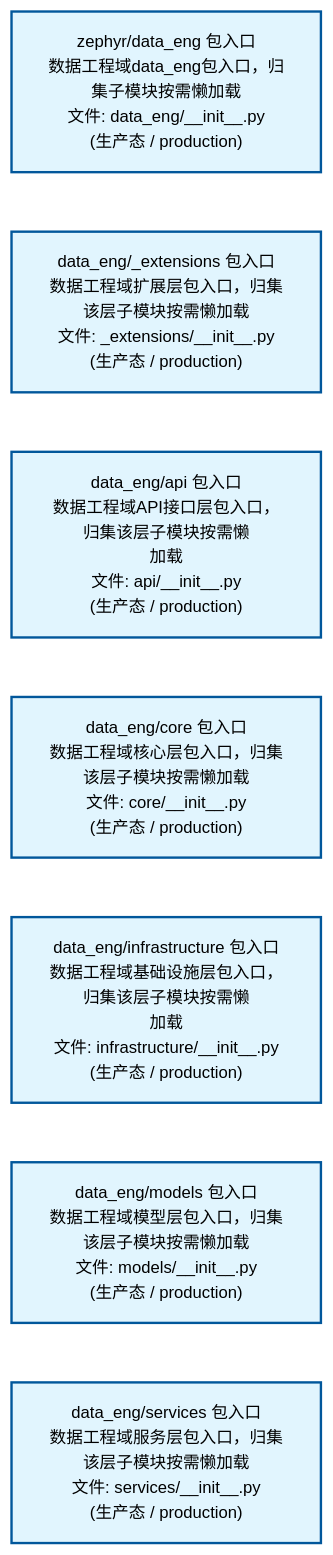
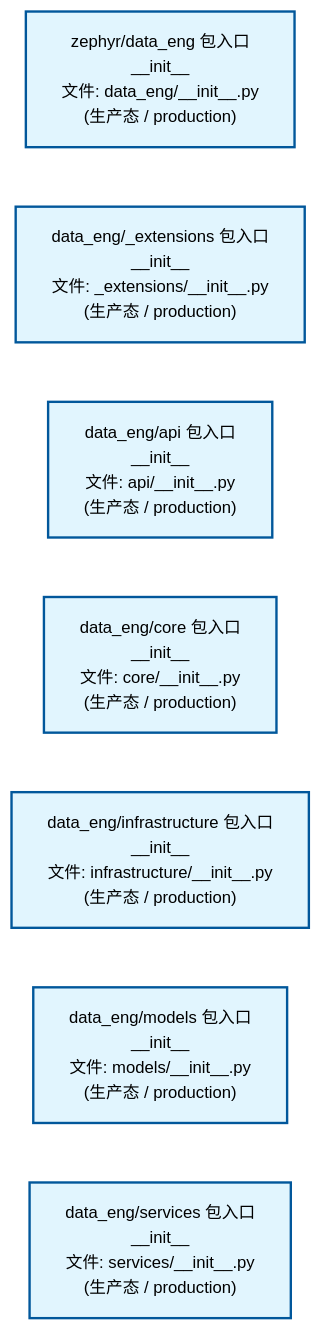
The second of 2 diagrams in docs/02_enterprise_architecture/02_domain_architecture_docs/12_d_data_eng.md (xuanFelixVan/ZephyrAlpha), drawn with Mermaid before and after one commit. The commit also changed other lines of this file and 61 other files, not shown here.

````diff
--- a/docs/02_enterprise_architecture/02_domain_architecture_docs/12_d_data_eng.md
+++ b/docs/02_enterprise_architecture/02_domain_architecture_docs/12_d_data_eng.md
@@ -80,22 +80,22 @@
 ```mermaid
 %%{init: {'theme': 'base', 'themeVariables': {'primaryColor': '#eaeaea', 'primaryTextColor': '#333333', 'primaryBorderColor': '#666666', 'lineColor': '#666666', 'secondaryColor': '#eaeaea', 'tertiaryColor': '#eaeaea', 'fontSize': '14px'}}}%%
 flowchart TD
-    src_zephyr_data_eng_init_py["zephyr/data_eng 包入口<br/>数据工程域data_eng包入口，归集子模块按需懒加载<br/>文件: data_eng/__init__.py<br/>(生产态 / production)"]
-    src_zephyr_data_eng_extensions_init_py["data_eng/_extensions 包入口<br/>数据工程域扩展层包入口，归集该层子模块按需懒加载<br/>文件: _extensions/__init__.py<br/>(生产态 / production)"]
-    src_zephyr_data_eng_api_init_py["data_eng/api 包入口<br/>数据工程域API接口层包入口，归集该层子模块按需懒<br/>加载<br/>文件: api/__init__.py<br/>(生产态 / production)"]
-    src_zephyr_data_eng_core_init_py["data_eng/core 包入口<br/>数据工程域核心层包入口，归集该层子模块按需懒加载<br/>文件: core/__init__.py<br/>(生产态 / production)"]
-    src_zephyr_data_eng_infrastructure_init_py["data_eng/infrastructure 包入口<br/>数据工程域基础设施层包入口，归集该层子模块按需懒<br/>加载<br/>文件: infrastructure/__init__.py<br/>(生产态 / production)"]
-    src_zephyr_data_eng_models_init_py["data_eng/models 包入口<br/>数据工程域模型层包入口，归集该层子模块按需懒加载<br/>文件: models/__init__.py<br/>(生产态 / production)"]
-    src_zephyr_data_eng_services_init_py["data_eng/services 包入口<br/>数据工程域服务层包入口，归集该层子模块按需懒加载<br/>文件: services/__init__.py<br/>(生产态 / production)"]
+    src_zephyr_data_eng_init_py["zephyr/data_eng 包入口<br/>__init__<br/>文件: data_eng/__init__.py<br/>(生产态 / production)"]
+    src_zephyr_data_eng_extensions_init_py["data_eng/_extensions 包入口<br/>__init__<br/>文件: _extensions/__init__.py<br/>(生产态 / production)"]
+    src_zephyr_data_eng_api_init_py["data_eng/api 包入口<br/>__init__<br/>文件: api/__init__.py<br/>(生产态 / production)"]
+    src_zephyr_data_eng_core_init_py["data_eng/core 包入口<br/>__init__<br/>文件: core/__init__.py<br/>(生产态 / production)"]
+    src_zephyr_data_eng_infrastructure_init_py["data_eng/infrastructure 包入口<br/>__init__<br/>文件: infrastructure/__init__.py<br/>(生产态 / production)"]
+    src_zephyr_data_eng_models_init_py["data_eng/models 包入口<br/>__init__<br/>文件: models/__init__.py<br/>(生产态 / production)"]
+    src_zephyr_data_eng_services_init_py["data_eng/services 包入口<br/>__init__<br/>文件: services/__init__.py<br/>(生产态 / production)"]
     src_zephyr_data_eng_init_py ~~~ src_zephyr_data_eng_extensions_init_py
     src_zephyr_data_eng_extensions_init_py ~~~ src_zephyr_data_eng_api_init_py
     src_zephyr_data_eng_api_init_py ~~~ src_zephyr_data_eng_core_init_py
     src_zephyr_data_eng_core_init_py ~~~ src_zephyr_data_eng_infrastructure_init_py
     src_zephyr_data_eng_infrastructure_init_py ~~~ src_zephyr_data_eng_models_init_py
     src_zephyr_data_eng_models_init_py ~~~ src_zephyr_data_eng_services_init_py
     classDef production fill:#e1f5fe,stroke:#01579b,stroke-width:2px,color:#000
     classDef design fill:#fff3e0,stroke:#e65100,stroke-width:2px,color:#000,stroke-dasharray: 5 5
     classDef external_prod fill:#e8f4fd,stroke:#0277bd,stroke-width:1px,color:#000
     classDef external_design fill:#fff8e7,stroke:#ef6c00,stroke-width:1px,color:#000,stroke-dasharray: 5 5
     class src_zephyr_data_eng_init_py,src_zephyr_data_eng_extensions_init_py,src_zephyr_data_eng_api_init_py,src_zephyr_data_eng_core_init_py,src_zephyr_data_eng_infrastructure_init_py,src_zephyr_data_eng_models_init_py,src_zephyr_data_eng_services_init_py production
 ```
````
